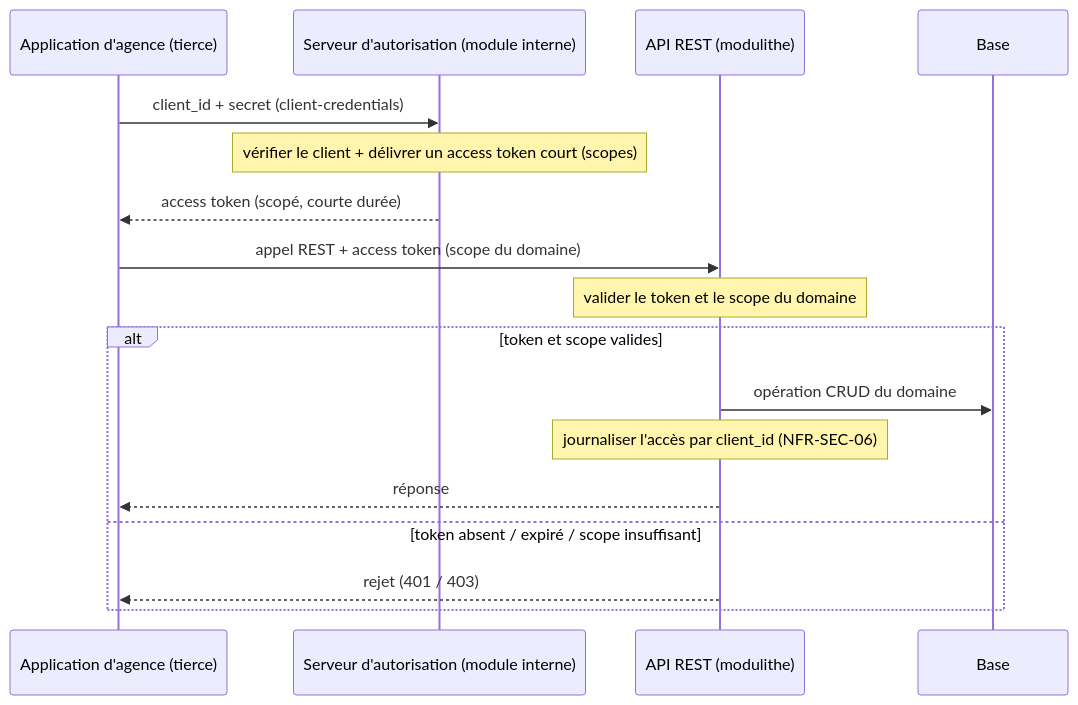
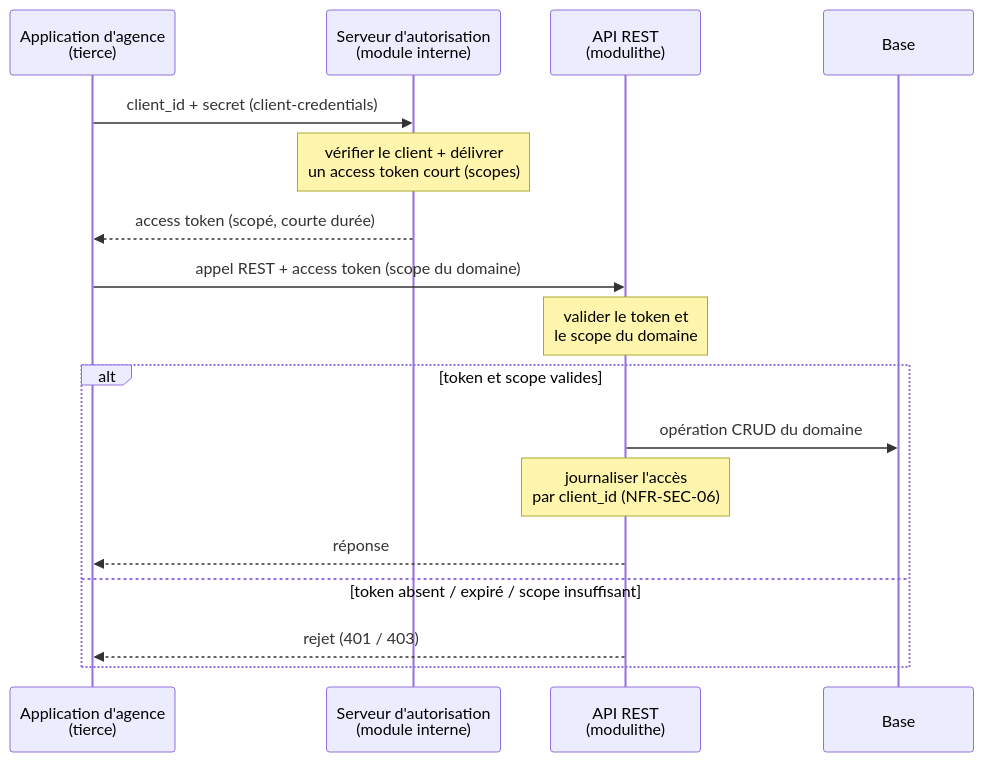
One commit to Charles-BARDIN/DFJSJ-Concevez_une_solution_fonctionnelle_pour_une_application_full-stack_JavaScript changed the diagram in docs/architecture/08-integration-composants-tiers.md. Above: the diagram before and after it, drawn with Mermaid. The commit also changed 1 other file, not shown here.

Commit message:
docs(architecture): fix mermaid figure overflows (fig 5 states in LR + short labels, fig 9 wrapped labels)

````diff
--- a/docs/architecture/08-integration-composants-tiers.md
+++ b/docs/architecture/08-integration-composants-tiers.md
@@ -42,20 +42,20 @@
 ```mermaid
 sequenceDiagram
-    participant Agence as Application d'agence (tierce)
-    participant Authz as Serveur d'autorisation (module interne)
-    participant API as API REST (modulithe)
+    participant Agence as Application d'agence<br/>(tierce)
+    participant Authz as Serveur d'autorisation<br/>(module interne)
+    participant API as API REST<br/>(modulithe)
     participant DB as Base
 
     Agence->>Authz: client_id + secret (client-credentials)
-    Note over Authz: vérifier le client + délivrer un access token court (scopes)
+    Note over Authz: vérifier le client + délivrer<br/>un access token court (scopes)
     Authz-->>Agence: access token (scopé, courte durée)
     Agence->>API: appel REST + access token (scope du domaine)
-    Note over API: valider le token et le scope du domaine
+    Note over API: valider le token et<br/>le scope du domaine
     alt token et scope valides
         API->>DB: opération CRUD du domaine
-        Note over API: journaliser l'accès par client_id (NFR-SEC-06)
+        Note over API: journaliser l'accès<br/>par client_id (NFR-SEC-06)
         API-->>Agence: réponse
     else token absent / expiré / scope insuffisant
         API-->>Agence: rejet (401 / 403)
     end
 ```
````
